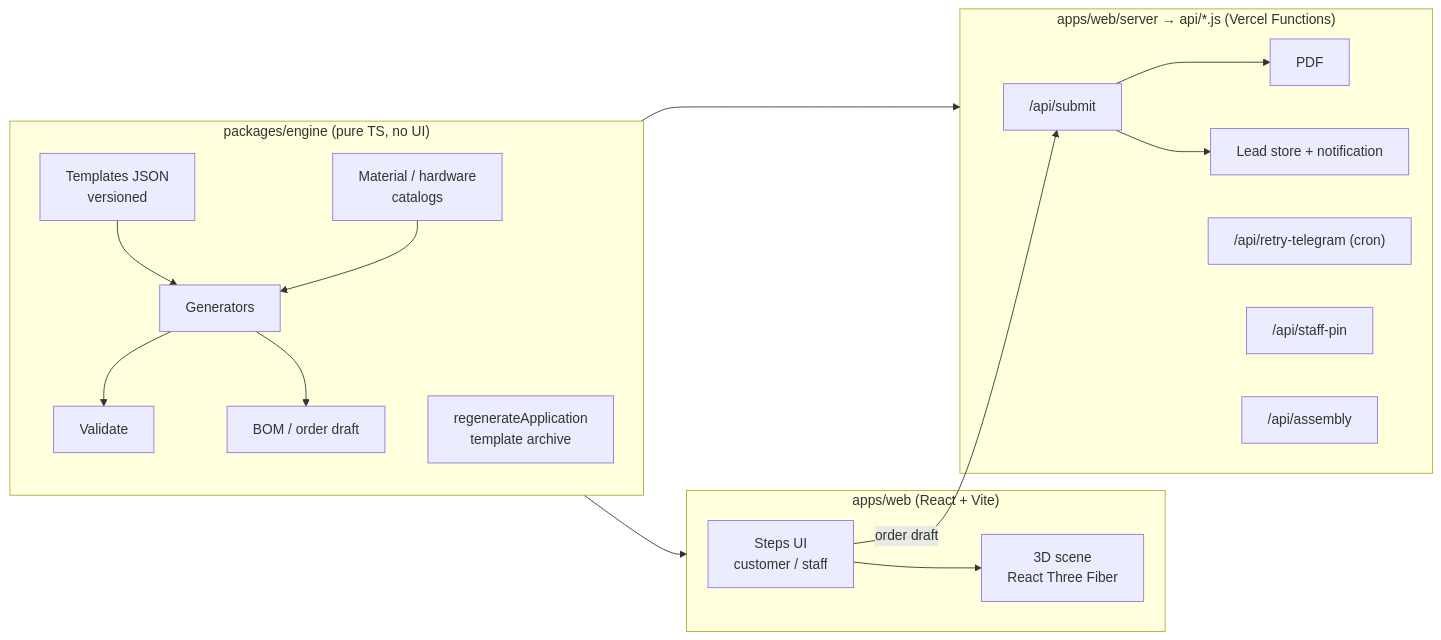
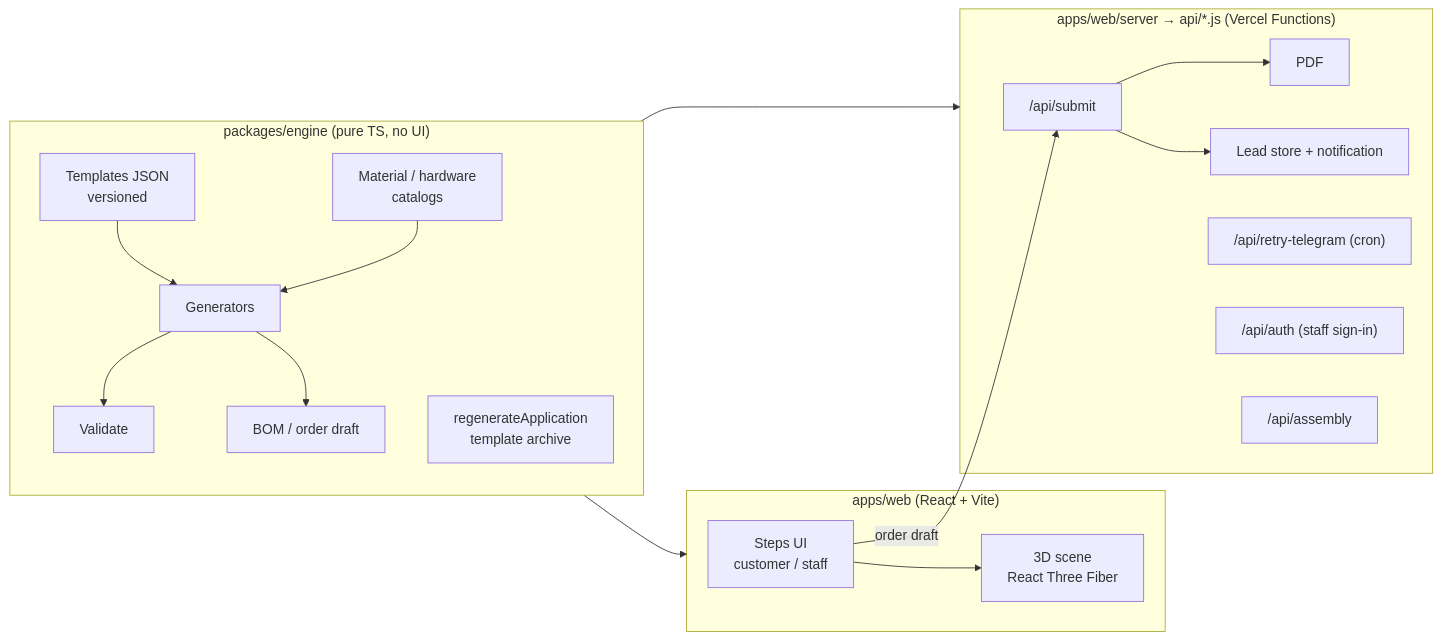
One commit to SanzioCG/Dafna-Oreder-Configurator changed the diagram in README.md. Above: the diagram before and after it, drawn with Mermaid. The commit also changed other lines of this file and 47 other files, not shown here.

Commit message:
D-38: staff sign in with a login and a password (admin / manager) instead of shared PINs - customers need no account; the admin manages staff in "Xodimlar" (Google Sheet tab, scrypt hashes); HttpOnly signed session cookie; kiosk staff mode signs in the same way and signs out on leaving (ADR-024)

````diff
--- a/README.md
+++ b/README.md
@@ -48,23 +48,23 @@
 ```mermaid
 flowchart LR
   subgraph engine["packages/engine (pure TS, no UI)"]
     T[Templates JSON<br/>versioned] --> G[Generators]
     C[Material / hardware<br/>catalogs] --> G
     G --> V[Validate]
     G --> B[BOM / order draft]
     R[regenerateApplication<br/>template archive]
   end
   subgraph web["apps/web (React + Vite)"]
     UI[Steps UI<br/>customer / staff] --> S[3D scene<br/>React Three Fiber]
   end
   subgraph server["apps/web/server → api/*.js (Vercel Functions)"]
     SUB["/api/submit"] --> PDF[PDF]
     SUB --> STORE[Lead store + notification]
     RT["/api/retry-telegram (cron)"]
-    PIN["/api/staff-pin"]
+    AUTH["/api/auth (staff sign-in)"]
     ASM["/api/assembly"]
   end
   engine --> web
   engine --> server
   UI -->|order draft| SUB
 ```
````
